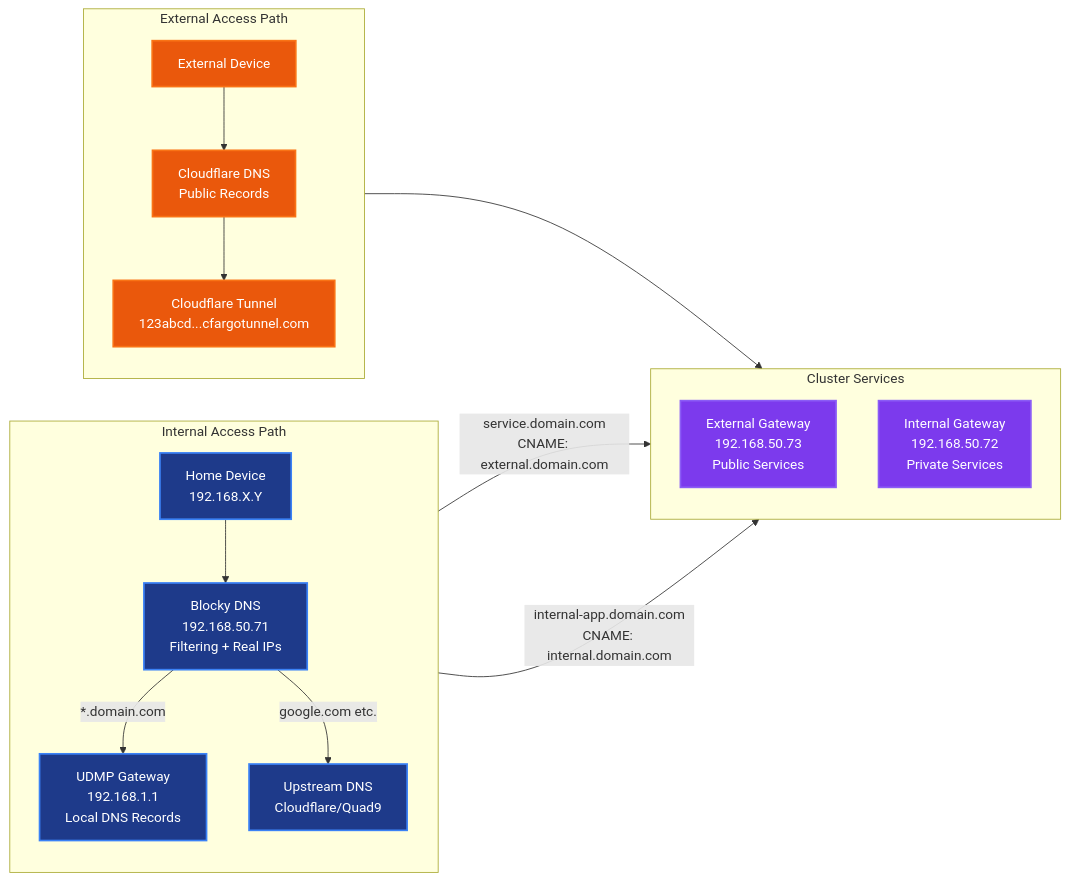
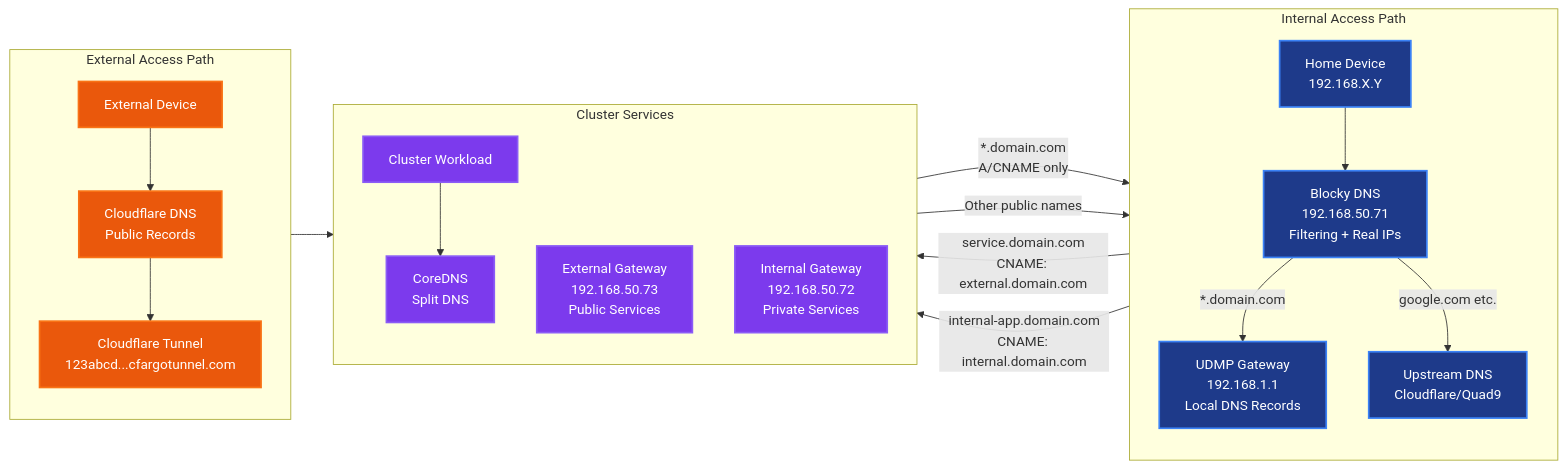
Before and after one commit to rcdailey/home-ops: the first of 3 diagrams in docs/architecture/dns-architecture.md, drawn with Mermaid. The commit also changed other lines of this file and 1 other file, not shown here.

First line of the commit message:
feat(coredns): add split-horizon private DNS

````diff
--- a/docs/architecture/dns-architecture.md
+++ b/docs/architecture/dns-architecture.md
@@ -20,45 +21,51 @@
 ```mermaid
 flowchart LR
     subgraph Internal["Internal Access Path"]
         direction TB
         Client[Home Device<br/>192.168.X.Y]
         Blocky[Blocky DNS<br/>192.168.50.71<br/>Filtering + Real IPs]
         UDMP[UDMP Gateway<br/>192.168.1.1<br/>Local DNS Records]
 
         Client --> Blocky
         Blocky -->|"*.domain.com"| UDMP
         Blocky -->|"google.com etc."| Upstream[Upstream DNS<br/>Cloudflare/Quad9]
     end
 
     subgraph External["External Access Path"]
         direction TB
         ExternalClient[External Device]
         CloudflareDNS[Cloudflare DNS<br/>Public Records]
         CFTunnel[Cloudflare Tunnel<br/>123abcd...cfargotunnel.com]
 
         ExternalClient --> CloudflareDNS
         CloudflareDNS --> CFTunnel
     end
 
     subgraph ClusterServices["Cluster Services"]
         direction TB
+        Workload[Cluster Workload]
+        CoreDNS[CoreDNS<br/>Split DNS]
         ExtGW[External Gateway<br/>192.168.50.73<br/>Public Services]
         IntGW[Internal Gateway<br/>192.168.50.72<br/>Private Services]
+
+        Workload --> CoreDNS
     end
 
     %% Internal resolution paths
     UDMP -->|"service.domain.com<br/>CNAME: external.domain.com"| ExtGW
     UDMP -->|"internal-app.domain.com<br/>CNAME: internal.domain.com"| IntGW
+    CoreDNS -->|"*.domain.com<br/>A/CNAME only"| UDMP
+    CoreDNS -->|"Other public names"| Upstream
 
     %% External resolution path
     CFTunnel --> ExtGW
 
     %% Styling
     classDef internal fill:#1e3a8a,stroke:#3b82f6,stroke-width:2px,color:#ffffff
     classDef external fill:#ea580c,stroke:#f97316,stroke-width:2px,color:#ffffff
     classDef services fill:#7c3aed,stroke:#8b5cf6,stroke-width:2px,color:#ffffff
 
     class Client,Blocky,UDMP,Upstream internal
     class ExternalClient,CloudflareDNS,CFTunnel external
-    class ExtGW,IntGW services
+    class Workload,CoreDNS,ExtGW,IntGW services
 ```
````
